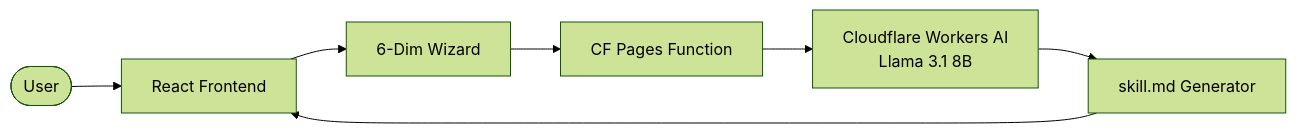
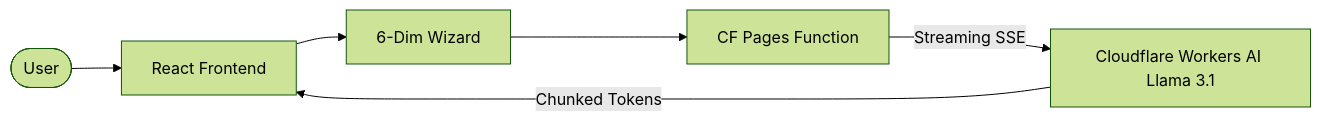
Before and after one commit to bejranonda/PersonaBuilder: the diagram in README.md, drawn with Mermaid (forest theme). The commit also changed other lines of this file and 5 other files, not shown here.

````diff
--- a/README.md
+++ b/README.md
@@ -82,9 +82,8 @@
 ```mermaid
 flowchart LR
     User([User]) --> UI[React Frontend]
     UI --> Wiz[6-Dim Wizard]
     Wiz --> Proxy[CF Pages Function]
-    Proxy --> AI[Cloudflare Workers AI<br/>Llama 3.1 8B]
-    AI --> Res[skill.md Generator]
-    Res --> UI
+    Proxy -- Streaming SSE --> AI[Cloudflare Workers AI Llama 3.1]
+    AI -- Chunked Tokens --> UI
 ```
````
